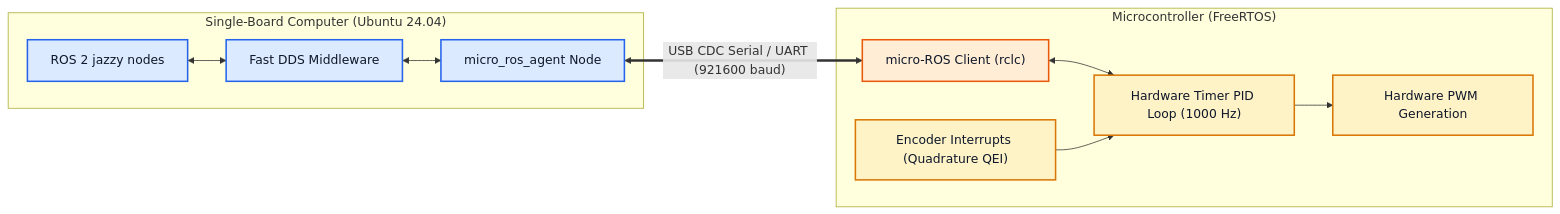
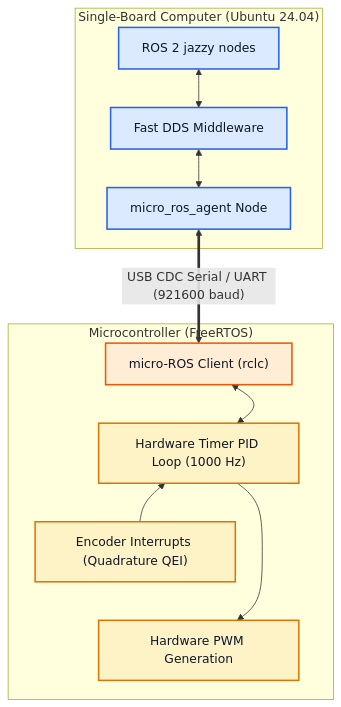
Before and after one commit to alfaXphoori/ros2: the diagram in docs/diagrams/src/advanced-m01-03.mmd, drawn with Mermaid. The commit also changed 57 other files, not shown here.

Commit message:
docs(diagrams): stack wide flowcharts vertically for crisp readability on GitHub

```diff
--- a/docs/diagrams/src/advanced-m01-03.mmd
+++ b/docs/diagrams/src/advanced-m01-03.mmd
@@ -1,28 +1,31 @@
-flowchart LR
+flowchart TD
     subgraph SBC ["Single-Board Computer (Ubuntu 24.04)"]
         ROS2_App["ROS 2 jazzy nodes"] <--> DDS_Layer["Fast DDS Middleware"]
         DDS_Layer <--> UROS_Agent["micro_ros_agent Node"]
     end
 
     subgraph Embedded_MCU ["Microcontroller (FreeRTOS)"]
         UROS_Client["micro-ROS Client (rclc)"]
+        UROS_Client ~~~ PID_Loop
         PID_Loop["Hardware Timer PID Loop (1000 Hz)"]
+        PID_Loop ~~~ Enc_ISR
         Enc_ISR["Encoder Interrupts (Quadrature QEI)"]
+        Enc_ISR ~~~ PWM_Gen
         PWM_Gen["Hardware PWM Generation"]
     end
 
     UROS_Agent <==>|"USB CDC Serial / UART (921600 baud)"| UROS_Client
     UROS_Client <--> PID_Loop
     Enc_ISR --> PID_Loop
     PID_Loop --> PWM_Gen
 
     classDef node fill:#dbeafe,stroke:#2563eb,stroke-width:2px,color:#0f172a
     classDef sim fill:#dcfce7,stroke:#16a34a,stroke-width:2px,color:#0f172a
     classDef hw fill:#fef3c7,stroke:#d97706,stroke-width:2px,color:#0f172a
     classDef sec fill:#ffe4e6,stroke:#e11d48,stroke-width:2px,color:#0f172a
     classDef bt fill:#ede9fe,stroke:#7c3aed,stroke-width:2px,color:#0f172a
     classDef tool fill:#ffedd5,stroke:#ea580c,stroke-width:2px,color:#0f172a
     classDef cfg fill:#f1f5f9,stroke:#64748b,stroke-width:2px,color:#0f172a
     class ROS2_App node
     class PID_Loop,Enc_ISR,PWM_Gen hw
     class UROS_Client tool
```
